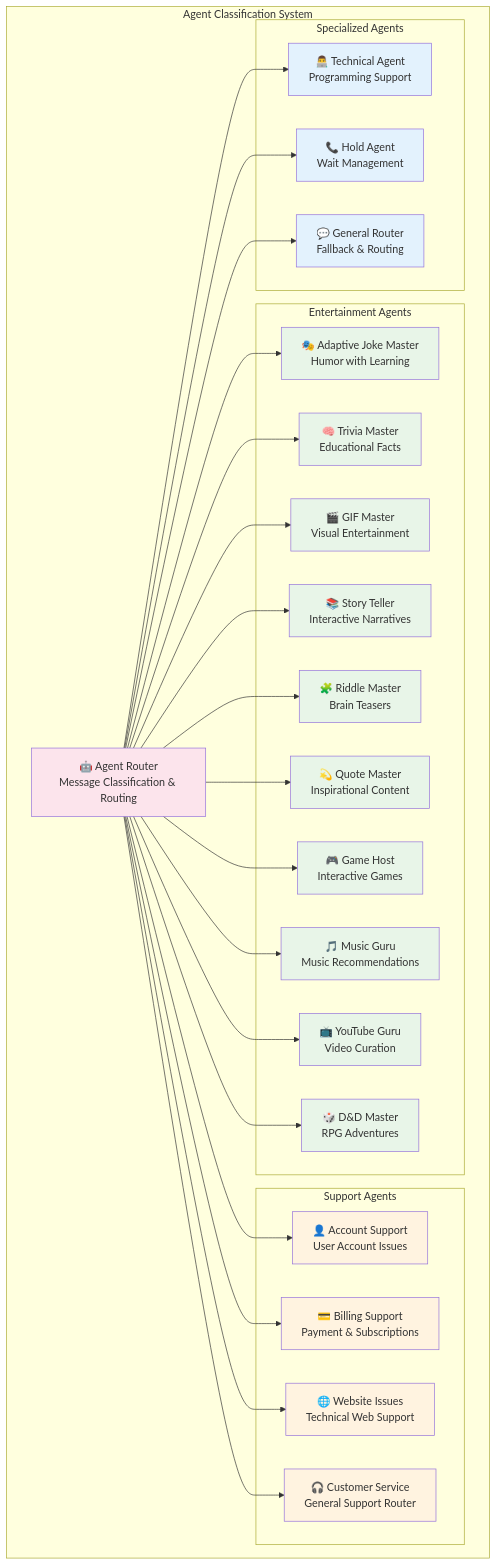
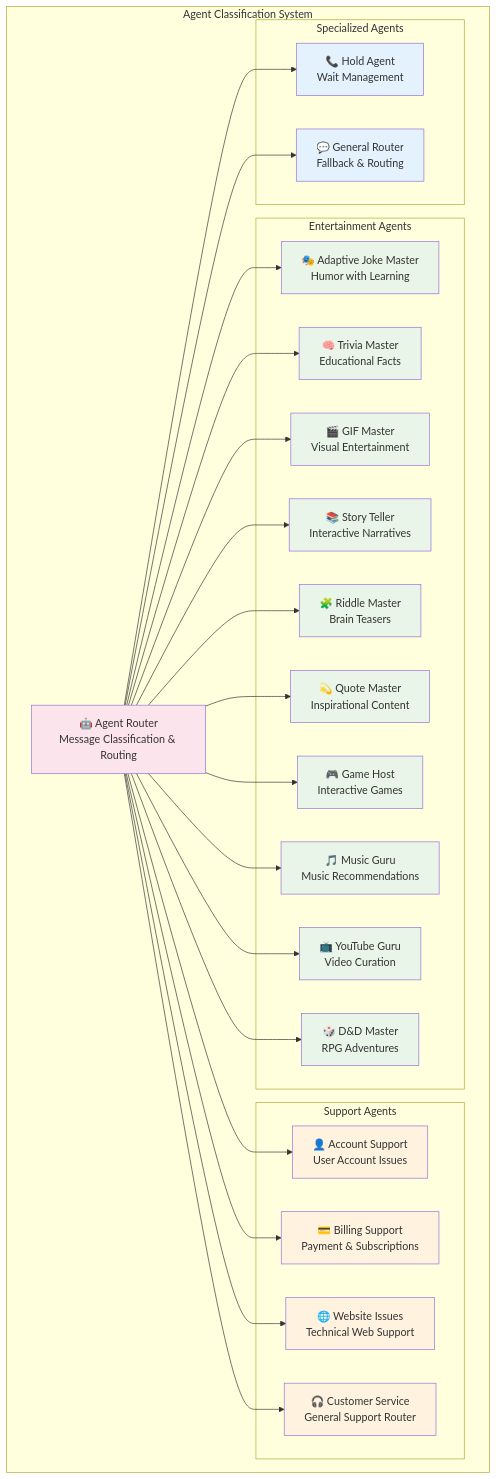
One commit to ianlintner/Example-React-AI-Chat-App changed the seventh of 17 diagrams in docs/architecture.md. Above: the diagram before and after it, drawn with Mermaid. The commit also changed other lines of this file, not shown here.

Commit message:
Remove Technical Agent from architecture documentation
Update agent count and remove Technical Agent references from the system architecture diagram and routing connections, reflecting the current 16-agent configuration.

````diff
--- a/docs/architecture.md
+++ b/docs/architecture.md
@@ -489,62 +489,60 @@
 ```mermaid
 graph TB
     subgraph "Agent Classification System"
         Router[🤖 Agent Router<br/>Message Classification & Routing]
         
         subgraph "Entertainment Agents"
             Joke[🎭 Adaptive Joke Master<br/>Humor with Learning]
             Trivia[🧠 Trivia Master<br/>Educational Facts]
             Gif[🎬 GIF Master<br/>Visual Entertainment]
             Story[📚 Story Teller<br/>Interactive Narratives]
             Riddle[🧩 Riddle Master<br/>Brain Teasers]
             Quote[💫 Quote Master<br/>Inspirational Content]
             Game[🎮 Game Host<br/>Interactive Games]
             Music[🎵 Music Guru<br/>Music Recommendations]
             YouTube[📺 YouTube Guru<br/>Video Curation]
             DND[🎲 D&D Master<br/>RPG Adventures]
         end
         
         subgraph "Support Agents"
             Account[👤 Account Support<br/>User Account Issues]
             Billing[💳 Billing Support<br/>Payment & Subscriptions]
             Website[🌐 Website Issues<br/>Technical Web Support]
             Operator[🎧 Customer Service<br/>General Support Router]
         end
         
         subgraph "Specialized Agents"
-            Technical[👨‍💻 Technical Agent<br/>Programming Support]
             Hold[📞 Hold Agent<br/>Wait Management]
             General[💬 General Router<br/>Fallback & Routing]
         end
     end
     
     Router --> Joke
     Router --> Trivia
     Router --> Gif
     Router --> Story
     Router --> Riddle
     Router --> Quote
     Router --> Game
     Router --> Music
     Router --> YouTube
     Router --> DND
     
     Router --> Account
     Router --> Billing
     Router --> Website
     Router --> Operator
     
-    Router --> Technical
     Router --> Hold
     Router --> General
     
     classDef entertainment fill:#e8f5e8
     classDef support fill:#fff3e0
     classDef specialized fill:#e3f2fd
     classDef router fill:#fce4ec
     
     class Joke,Trivia,Gif,Story,Riddle,Quote,Game,Music,YouTube,DND entertainment
     class Account,Billing,Website,Operator support
-    class Technical,Hold,General specialized
+    class Hold,General specialized
     class Router router
 ```
````
